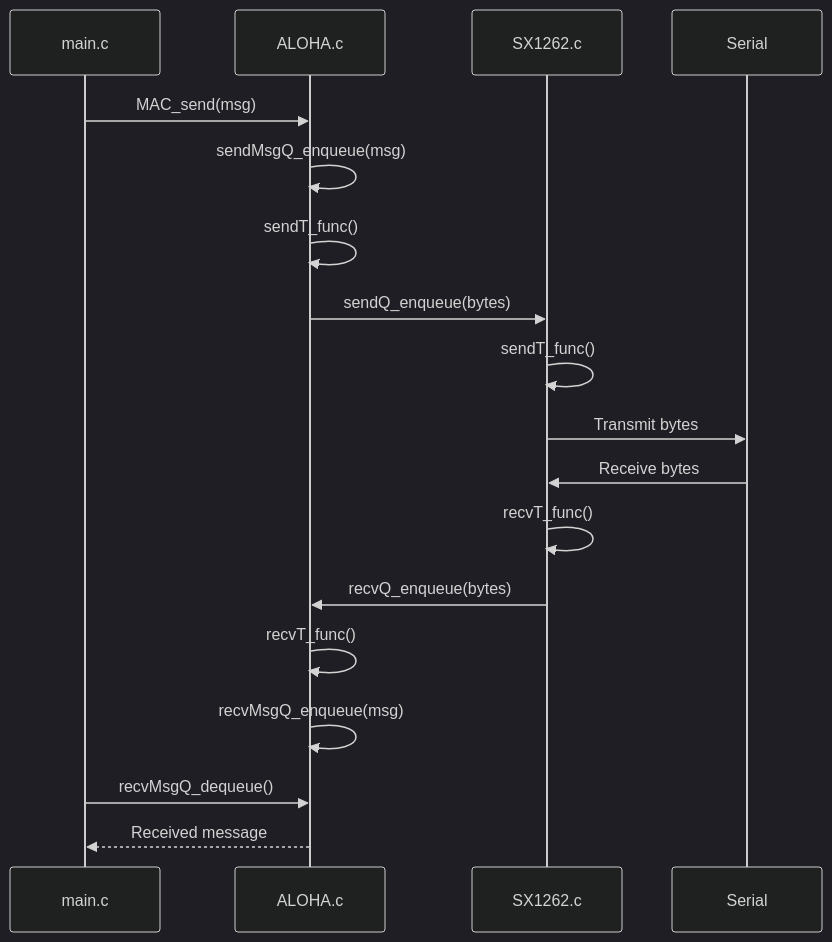
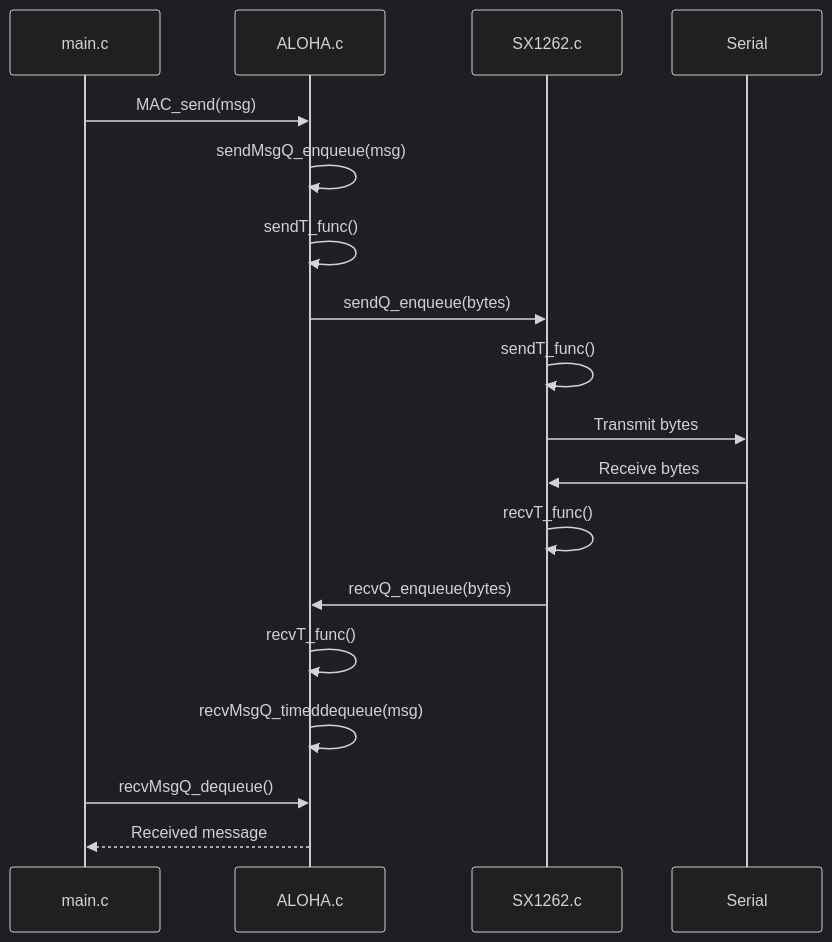
The second of 6 diagrams in README.md (arjunvprakash/wsn-testbed), drawn with Mermaid (dark theme) before and after one commit. The commit also changed other lines of this file, not shown here.

````diff
--- a/README.md
+++ b/README.md
@@ -4,22 +65,22 @@
 ```mermaid
 sequenceDiagram
     participant main.c
     participant ALOHA.c
     participant SX1262.c
 
     main.c->>ALOHA.c: MAC_send(msg)
     ALOHA.c->>ALOHA.c: sendMsgQ_enqueue(msg)
     ALOHA.c->>ALOHA.c: sendT_func()
     ALOHA.c->>SX1262.c: sendQ_enqueue(bytes)
     SX1262.c->>SX1262.c: sendT_func()
     SX1262.c->>Serial: Transmit bytes
 
     Serial->>SX1262.c: Receive bytes
     SX1262.c->>SX1262.c: recvT_func()
     SX1262.c->>ALOHA.c: recvQ_enqueue(bytes)
     ALOHA.c->>ALOHA.c: recvT_func()
-    ALOHA.c->>ALOHA.c: recvMsgQ_enqueue(msg)
+    ALOHA.c->>ALOHA.c: recvMsgQ_timeddequeue(msg)
     main.c->>ALOHA.c: recvMsgQ_dequeue()
     ALOHA.c-->>main.c: Received message
 
 ```
````
